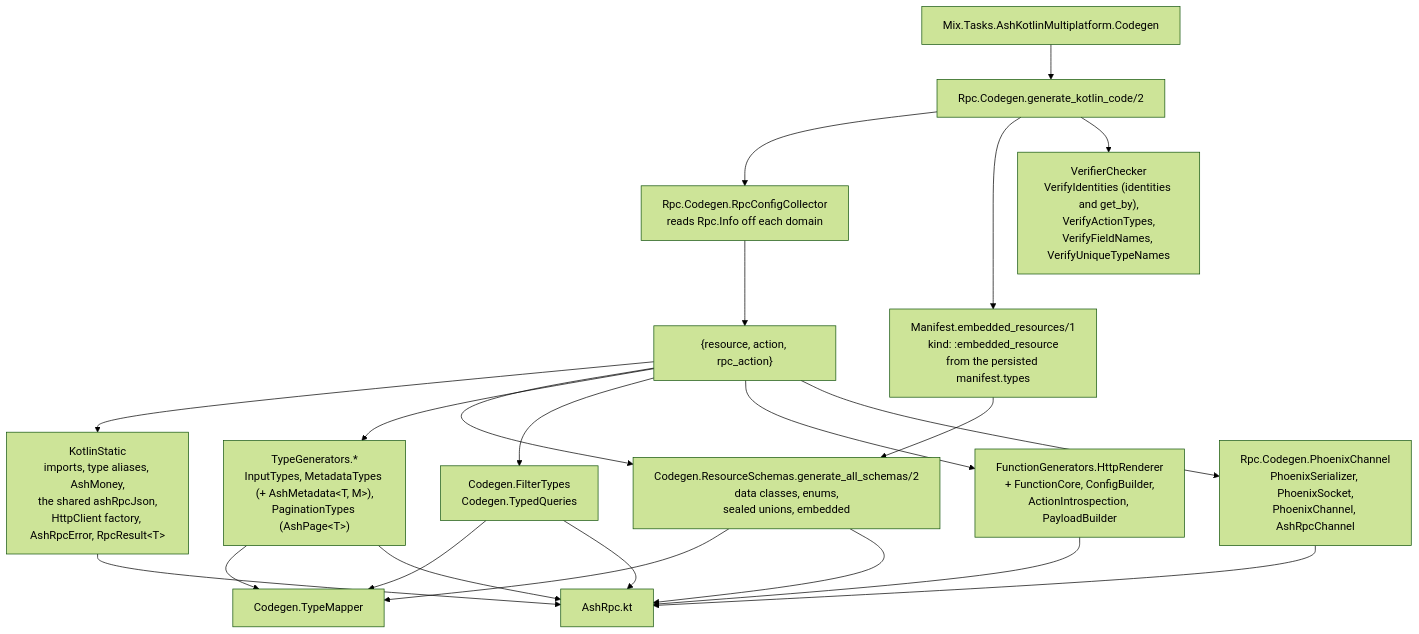
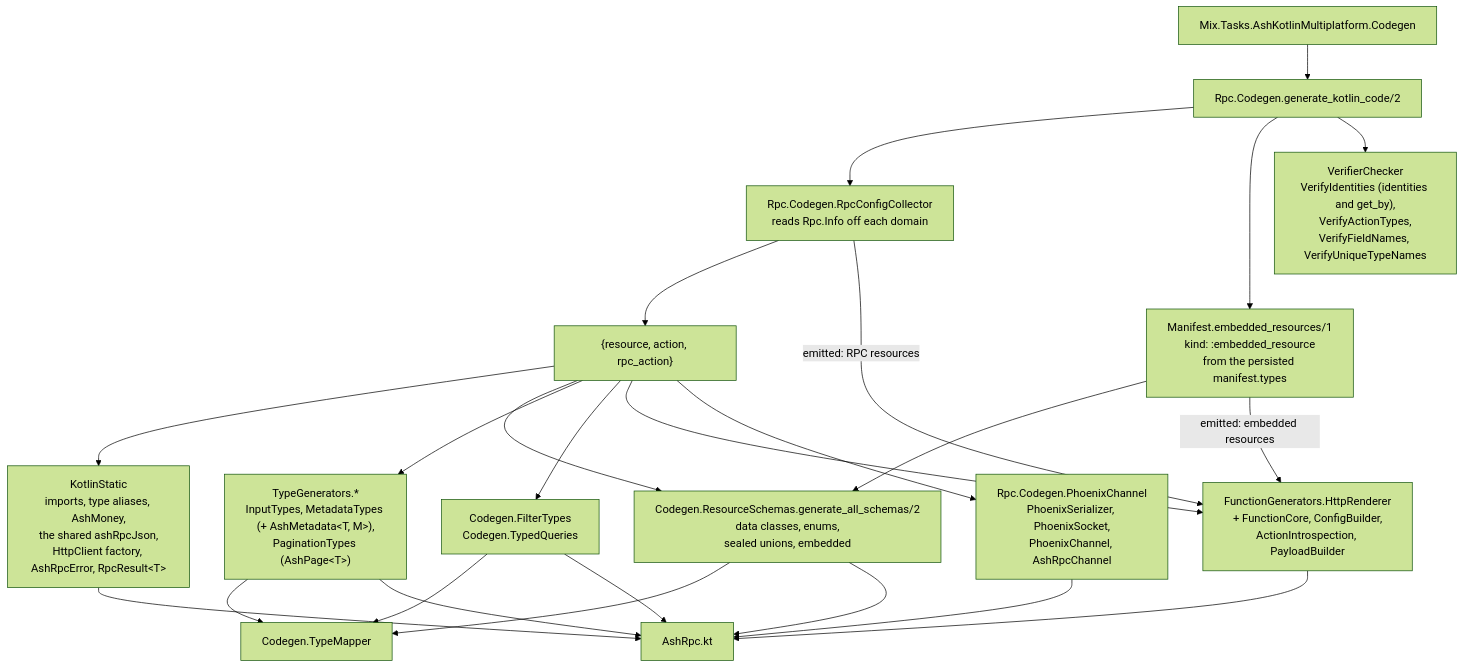
Before and after one commit to udin-io/ash_kotlin_multiplatform: the third of 5 diagrams in docs/architecture.md, drawn with Mermaid (forest theme). The commit also changed other lines of this file and 13 other files, not shown here.

````diff
--- a/docs/architecture.md
+++ b/docs/architecture.md
@@ -93,29 +93,31 @@
 ```mermaid
 flowchart TD
     task["Mix.Tasks.AshKotlinMultiplatform.Codegen"] --> cg["Rpc.Codegen.generate_kotlin_code/2"]
 
     cg --> coll["Rpc.Codegen.RpcConfigCollector<br/>reads Rpc.Info off each domain"]
     cg --> emb["Manifest.embedded_resources/1<br/>kind: :embedded_resource<br/>from the persisted manifest.types"]
     cg --> vc["VerifierChecker<br/>VerifyIdentities (identities and get_by),<br/>VerifyActionTypes,<br/>VerifyFieldNames, VerifyUniqueTypeNames"]
 
     coll --> tuples["{resource, action, rpc_action}"]
 
     tuples --> static["KotlinStatic<br/>imports, type aliases, AshMoney,<br/>the shared ashRpcJson,<br/>HttpClient factory, AshRpcError, RpcResult&lt;T&gt;"]
     tuples --> schemas["Codegen.ResourceSchemas.generate_all_schemas/2<br/>data classes, enums,<br/>sealed unions, embedded"]
     emb --> schemas
     tuples --> types["TypeGenerators.*<br/>InputTypes, MetadataTypes (+ AshMetadata&lt;T, M&gt;),<br/>PaginationTypes (AshPage&lt;T&gt;)"]
     tuples --> filters["Codegen.FilterTypes<br/>Codegen.TypedQueries"]
     tuples --> fns["FunctionGenerators.HttpRenderer<br/>+ FunctionCore, ConfigBuilder,<br/>ActionIntrospection, PayloadBuilder"]
+    coll -->|"emitted: RPC resources"| fns
+    emb -->|"emitted: embedded resources"| fns
     tuples --> chan["Rpc.Codegen.PhoenixChannel<br/>PhoenixSerializer, PhoenixSocket,<br/>PhoenixChannel, AshRpcChannel"]
 
     schemas --> tm["Codegen.TypeMapper"]
     types --> tm
     filters --> tm
 
     static --> out["AshRpc.kt"]
     schemas --> out
     types --> out
     filters --> out
     fns --> out
     chan --> out
 ```
````
